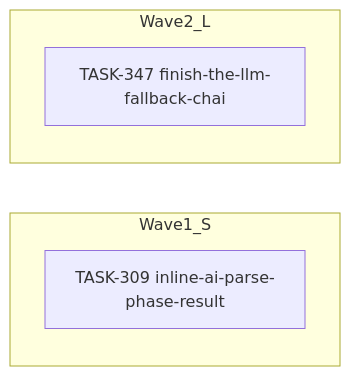
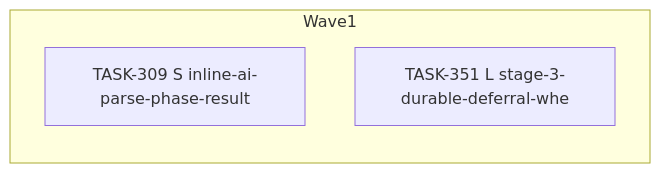
Before and after one commit to falkcorp/audiobook-organizer: the diagram in docs/agent-tasks/todo-completion-2026-09/scanner/orchestration.md, drawn with Mermaid. The commit also changed other lines of this file and 270 other files, not shown here.

````diff
--- a/docs/agent-tasks/todo-completion-2026-09/scanner/orchestration.md
+++ b/docs/agent-tasks/todo-completion-2026-09/scanner/orchestration.md
@@ -10,9 +10,7 @@
 ```mermaid
 flowchart LR
-    subgraph Wave1_S
-      TASK309[TASK-309 inline-ai-parse-phase-result]
-    end
-    subgraph Wave2_L
-      TASK347[TASK-347 finish-the-llm-fallback-chai]
+    subgraph Wave1
+      TASK309[TASK-309 S inline-ai-parse-phase-result]
+      TASK351[TASK-351 L stage-3-durable-deferral-whe]
     end
 ```
````
